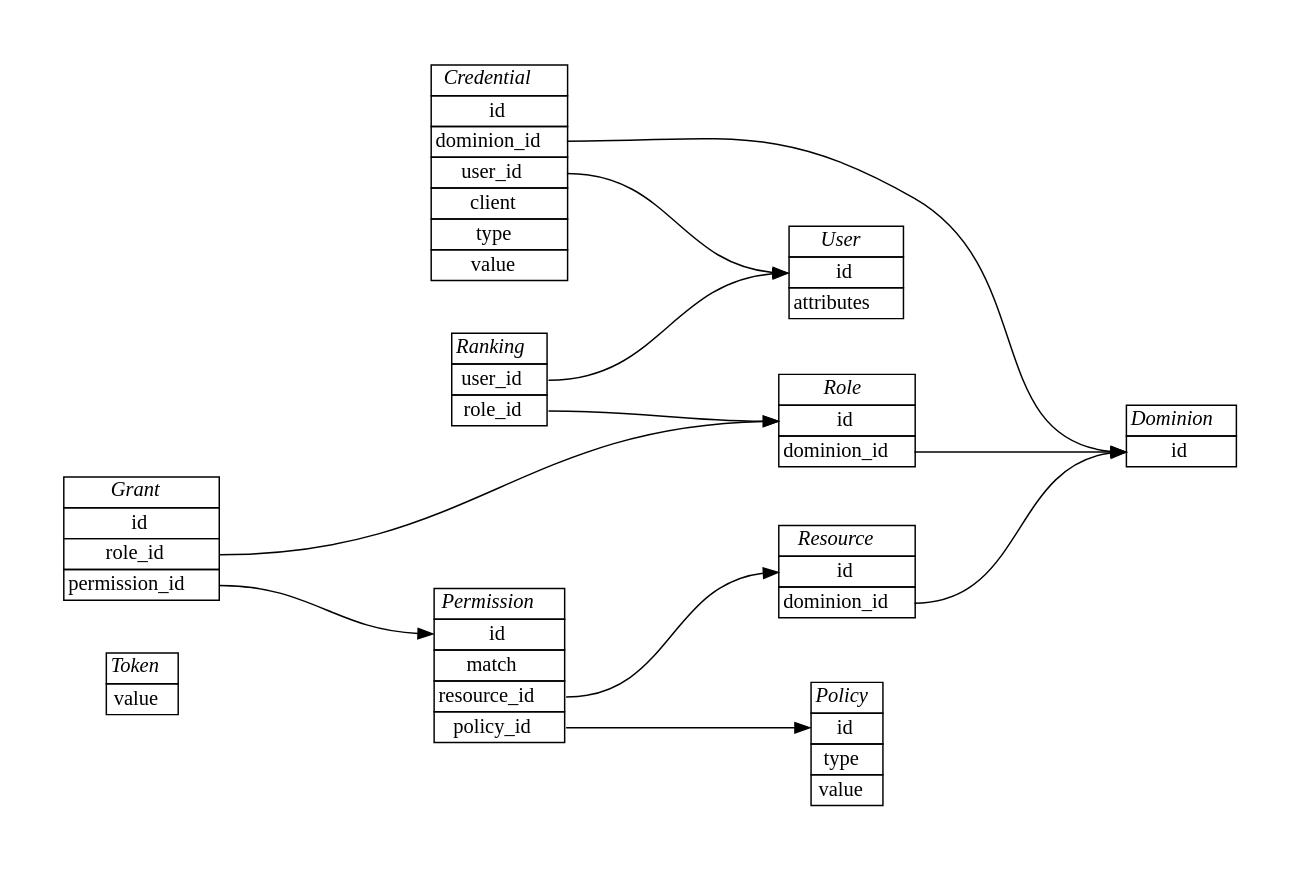
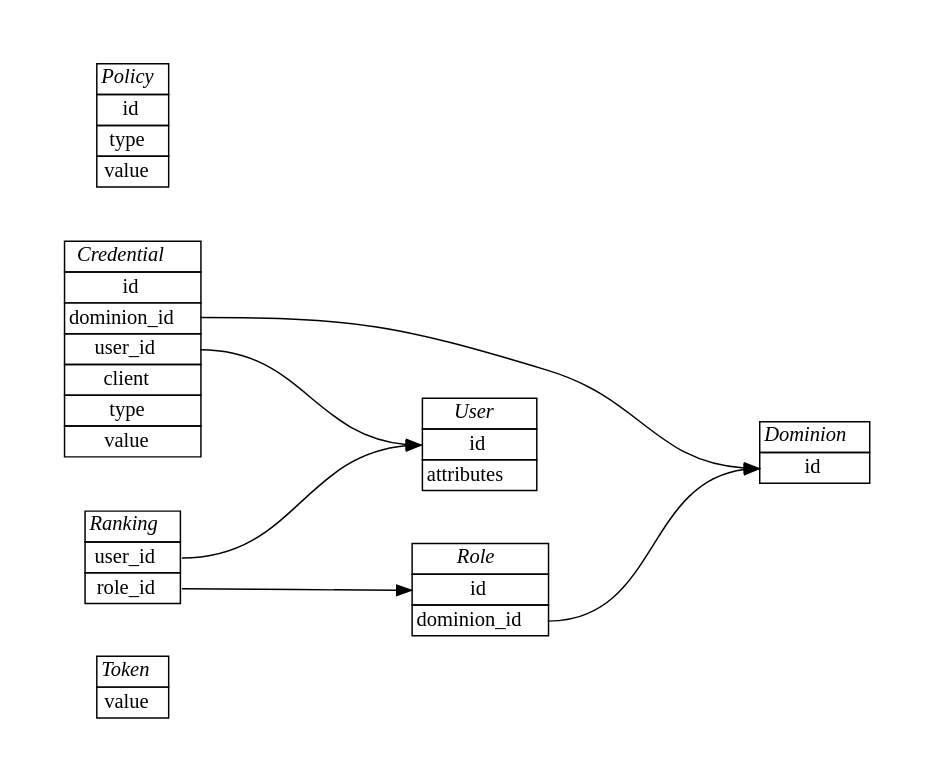
One commit to knowark/authark changed the diagram in docs/architecture/domain.rst. Above: the diagram before and after it, drawn with Graphviz. The commit also changed other lines of this file, not shown here.

Commit message:
Simplify authark's domain model in documentation

```diff
--- a/docs/architecture/domain.rst
+++ b/docs/architecture/domain.rst
@@ -57,13 +57,6 @@
     <tr><td port="id">id</td></tr>
     </table>>];
 
-    Resource [label=<
-    <table border="0" cellborder="1" cellspacing="0">
-    <tr><td><i>Resource</i></td></tr>
-    <tr><td port="id">id</td></tr>
-    <tr><td port="dominion_id">dominion_id</td></tr>
-    </table>>];
-
     Policy [label=<
     <table border="0" cellborder="1" cellspacing="0">
     <tr><td><i>Policy</i></td></tr>
@@ -72,31 +65,9 @@
     <tr><td port="value">value</td></tr>
     </table>>];
 
-    Permission [label=<
-    <table border="0" cellborder="1" cellspacing="0">
-    <tr><td><i>Permission</i></td></tr>
-    <tr><td port="id">id</td></tr>
-    <tr><td port="match">match</td></tr> 
-    <tr><td port="resource_id">resource_id</td></tr> 
-    <tr><td port="policy_id">policy_id</td></tr> 
-    </table>>];
-
-    Grant [label=<
-    <table border="0" cellborder="1" cellspacing="0">
-    <tr><td><i>Grant</i></td></tr>
-    <tr><td port="id">id</td></tr>
-    <tr><td port="role_id">role_id</td></tr> 
-    <tr><td port="permission_id">permission_id</td></tr>
-    </table>>];
-
     Ranking:user_id -> User:id;
     Ranking:role_id -> Role:id;
     Credential:dominion_id ->  Dominion:id;
     Credential:user_id -> User:id;
     Role:dominion_id -> Dominion:id;
-    Resource:dominion_id -> Dominion:id;
-    Permission:resource_id -> Resource:id; 
-    Permission:policy_id -> Policy:id;
-    Grant:role_id -> Role:id;
-    Grant:permission_id -> Permission:id;
     }
```
